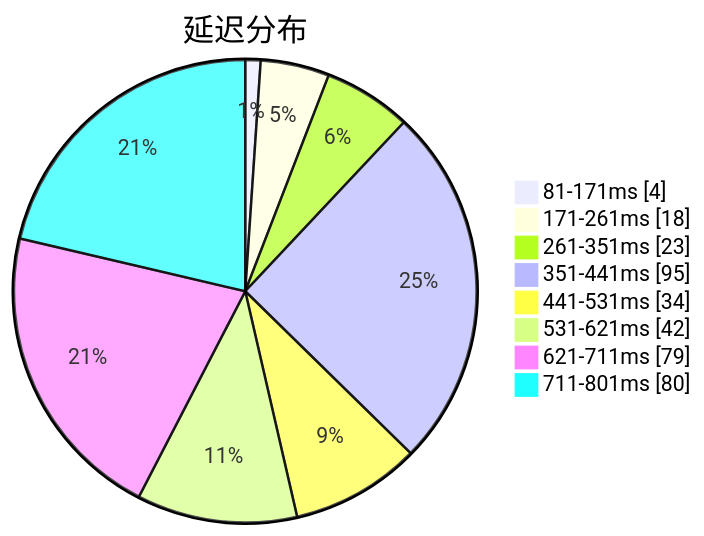
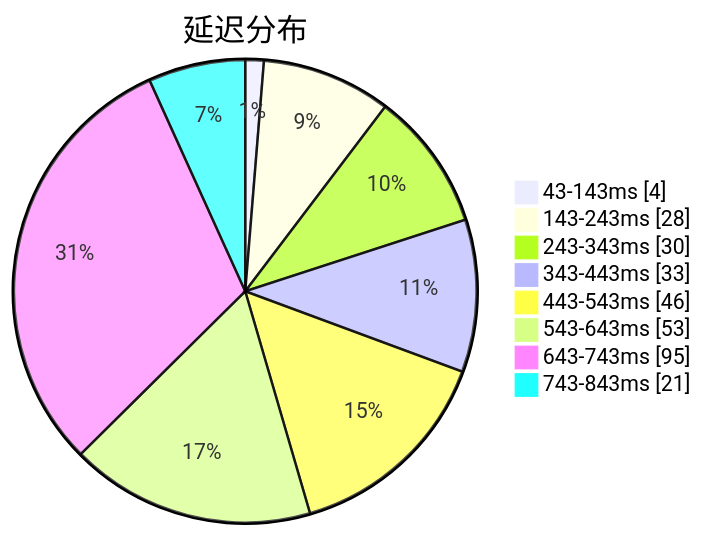
The first of 3 diagrams in subs/statistics/tested_within.md (sinspired/airport), drawn with Mermaid before and after one commit. The commit also changed other lines of this file and 2 other files, not shown here.

````diff
--- a/subs/statistics/tested_within.md
+++ b/subs/statistics/tested_within.md
@@ -2,12 +2,12 @@
 ```mermaid
 pie showData
 title 延迟分布
-"81-171ms" : 4
-"171-261ms" : 18
-"261-351ms" : 23
-"351-441ms" : 95
-"441-531ms" : 34
-"531-621ms" : 42
-"621-711ms" : 79
-"711-801ms" : 80
+"43-143ms" : 4
+"143-243ms" : 28
+"243-343ms" : 30
+"343-443ms" : 33
+"443-543ms" : 46
+"543-643ms" : 53
+"643-743ms" : 95
+"743-843ms" : 21
 ```
````
